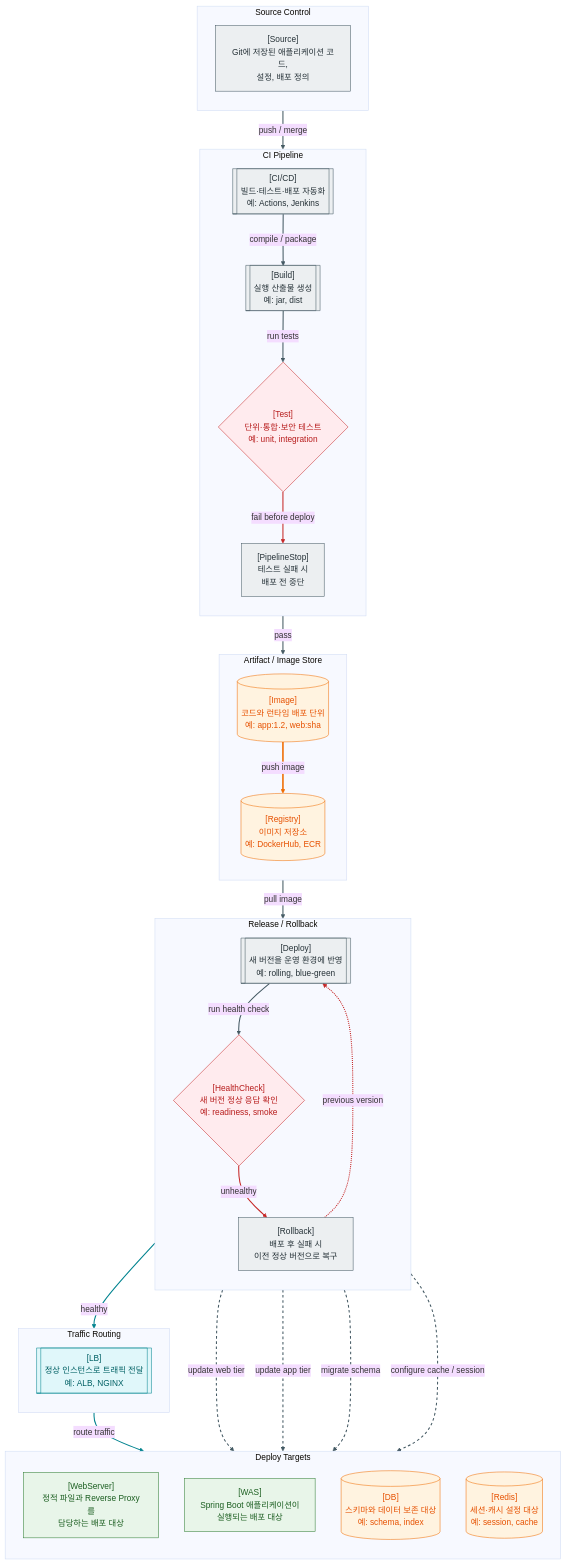
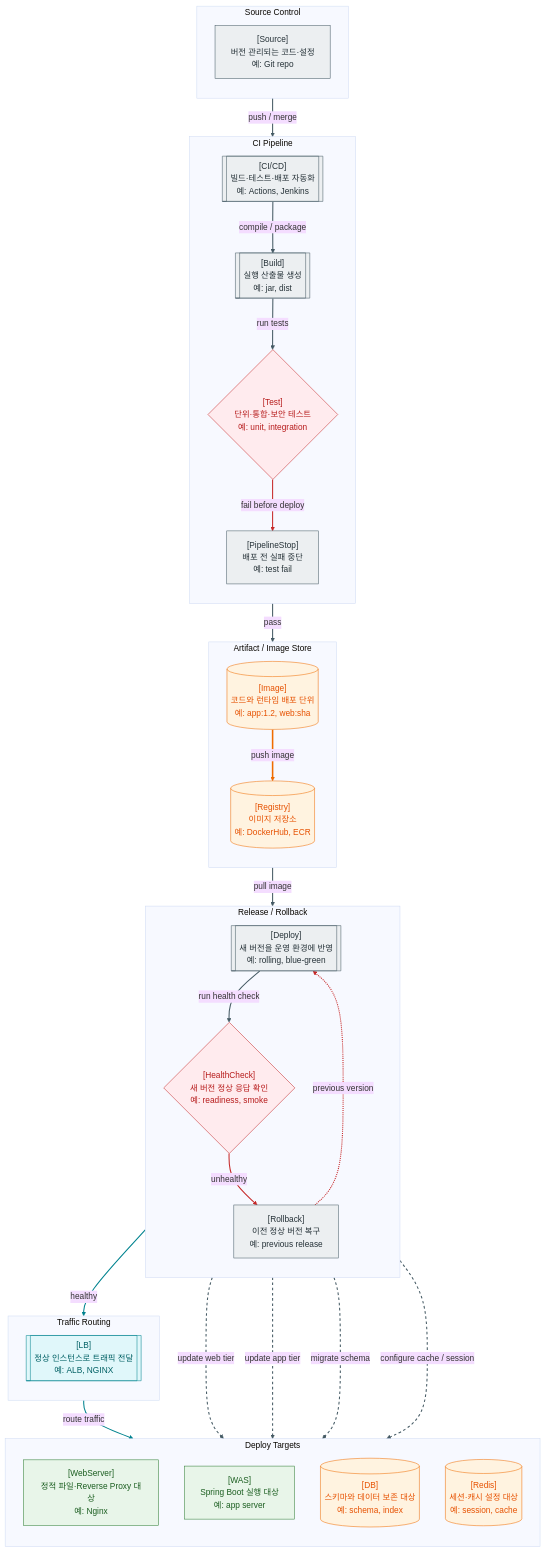
Before and after one commit to thisis-joe/thisis-joe.github.io: the diagram in content/Web-지도/7. CI.CD , 배포 지도.md, drawn with Mermaid (base theme). The commit also changed other lines of this file and 595 other files, not shown here.

````diff
--- a/content/Web-지도/7. CI.CD , 배포 지도.md
+++ b/content/Web-지도/7. CI.CD , 배포 지도.md
@@ -14,80 +14,80 @@
 ```mermaid
 flowchart TB
 
 subgraph SOURCE_CONTROL["Source Control"]
 direction TB
-SOURCE["[Source]<br/>Git에 저장된 애플리케이션 코드,<br/>설정, 배포 정의"]
+SOURCE["[Source]<br/>버전 관리되는 코드·설정<br/>예: Git repo"]
 end
 
 subgraph CI_PIPELINE["CI Pipeline"]
 direction TB
 CICD[["[CI/CD]<br/>빌드·테스트·배포 자동화<br/>예: Actions, Jenkins"]]
 BUILD[["[Build]<br/>실행 산출물 생성<br/>예: jar, dist"]]
 TEST{"[Test]<br/>단위·통합·보안 테스트<br/>예: unit, integration"}
-STOP["[PipelineStop]<br/>테스트 실패 시<br/>배포 전 중단"]
+STOP["[PipelineStop]<br/>배포 전 실패 중단<br/>예: test fail"]
 end
 
 subgraph ARTIFACT_STORE["Artifact / Image Store"]
 direction TB
 IMAGE[("[Image]<br/>코드와 런타임 배포 단위<br/>예: app:1.2, web:sha")]
 REG[("[Registry]<br/>이미지 저장소<br/>예: DockerHub, ECR")]
 end
 
 subgraph RELEASE_FLOW["Release / Rollback"]
 direction TB
 DEPLOY[["[Deploy]<br/>새 버전을 운영 환경에 반영<br/>예: rolling, blue-green"]]
 HEALTH{"[HealthCheck]<br/>새 버전 정상 응답 확인<br/>예: readiness, smoke"}
-ROLLBACK["[Rollback]<br/>배포 후 실패 시<br/>이전 정상 버전으로 복구"]
+ROLLBACK["[Rollback]<br/>이전 정상 버전 복구<br/>예: previous release"]
 end
 
 subgraph TRAFFIC["Traffic Routing"]
 direction TB
 LB[["[LB]<br/>정상 인스턴스로 트래픽 전달<br/>예: ALB, NGINX"]]
 end
 
 subgraph DEPLOY_TARGETS["Deploy Targets"]
 direction TB
-WEB["[WebServer]<br/>정적 파일과 Reverse Proxy를<br/>담당하는 배포 대상"]
-WAS["[WAS]<br/>Spring Boot 애플리케이션이<br/>실행되는 배포 대상"]
+WEB["[WebServer]<br/>정적 파일·Reverse Proxy 대상<br/>예: Nginx"]
+WAS["[WAS]<br/>Spring Boot 실행 대상<br/>예: app server"]
 DB[("[DB]<br/>스키마와 데이터 보존 대상<br/>예: schema, index")]
 REDIS[("[Redis]<br/>세션·캐시 설정 대상<br/>예: session, cache")]
 end
 
 SOURCE -->|push / merge| CICD
 CICD -->|compile / package| BUILD
 BUILD -->|run tests| TEST
 TEST -->|pass| IMAGE
 TEST -->|fail before deploy| STOP
 IMAGE ==>|push image| REG
 REG -->|pull image| DEPLOY
 
 DEPLOY -->|run health check| HEALTH
 HEALTH -->|healthy| LB
 HEALTH -->|unhealthy| ROLLBACK
 
 DEPLOY -.->|update web tier| WEB
 DEPLOY -.->|update app tier| WAS
 DEPLOY -.->|migrate schema| DB
 DEPLOY -.->|configure cache / session| REDIS
 
 LB -->|route traffic| WEB
 ROLLBACK -.->|previous version| DEPLOY
 
 classDef edge fill:#E0F7FA,stroke:#00838F,color:#006064;
 classDef server fill:#E8F5E9,stroke:#2E7D32,color:#1B5E20;
 classDef data fill:#FFF3E0,stroke:#EF6C00,color:#E65100;
 classDef ops fill:#ECEFF1,stroke:#455A64,color:#263238;
-classDef gate fill:#FFEBEE,stroke:#C62828,color:#B71C1C;
+classDef alert fill:#FFEBEE,stroke:#C62828,color:#B71C1C;
 
 class LB edge;
 class WEB,WAS server;
 class DB,REDIS,IMAGE,REG data;
 class SOURCE,CICD,BUILD,DEPLOY,ROLLBACK,STOP ops;
-class TEST,HEALTH gate;
+class TEST,HEALTH alert;
 
 linkStyle 0,1,2,3,6,7 stroke:#455A64,stroke-width:2px;
 linkStyle 4,9,15 stroke:#C62828,stroke-width:2px;
 linkStyle 5 stroke:#EF6C00,stroke-width:3px;
 linkStyle 8,14 stroke:#00838F,stroke-width:2px;
 linkStyle 10,11,12,13 stroke:#455A64,stroke-width:2px,stroke-dasharray:5 5;
 ```
````
